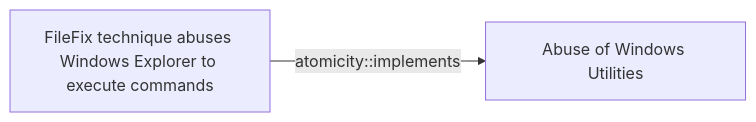
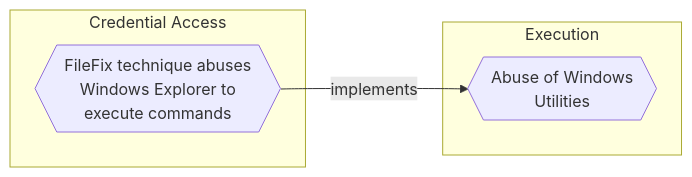
One commit to opentidehq/library changed the diagram in docs/threats/filefix-technique-abuses-windows-explorer-to-execute-commands.md. Above: the diagram before and after it, drawn with Mermaid. The commit also changed other lines of this file and 540 other files, not shown here.

````diff
--- a/docs/threats/filefix-technique-abuses-windows-explorer-to-execute-commands.md
+++ b/docs/threats/filefix-technique-abuses-windows-explorer-to-execute-commands.md
@@ -87,6 +94,10 @@
 ```mermaid
 flowchart LR
-59d2eb7f_63cd_4ac4_9608_e65663fea667["FileFix technique abuses Windows Explorer to execute commands"]
-d5039f2c_9fcc_4ba3_ad6a_da8c891ba745["Abuse of Windows Utilities"]
-59d2eb7f_63cd_4ac4_9608_e65663fea667 -->|atomicity::implements| d5039f2c_9fcc_4ba3_ad6a_da8c891ba745
+subgraph "Credential Access"
+59d2eb7f_63cd_4ac4_9608_e65663fea667{{"FileFix technique abuses<br>Windows Explorer to<br>execute commands"}}
+end
+subgraph "Execution"
+d5039f2c_9fcc_4ba3_ad6a_da8c891ba745{{"Abuse of Windows<br>Utilities"}}
+end
+59d2eb7f_63cd_4ac4_9608_e65663fea667 -->|implements| d5039f2c_9fcc_4ba3_ad6a_da8c891ba745
 ```
````
